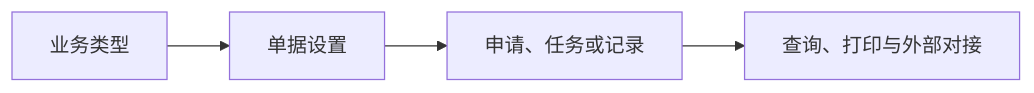
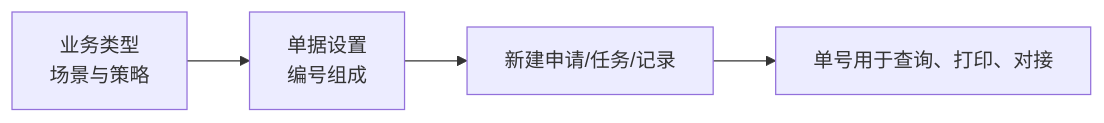
The diagram in docs/04-DBC-主数据管理/05-策略设置/04-单据设置.md (jiargcn/MomProductDocument), drawn with Mermaid before and after one commit. The commit also changed other lines of this file and 9 other files, not shown here.

````diff
--- a/docs/04-DBC-主数据管理/05-策略设置/04-单据设置.md
+++ b/docs/04-DBC-主数据管理/05-策略设置/04-单据设置.md
@@ -34,6 +40,6 @@
 ```mermaid
 flowchart LR
-    A["业务类型"] --> B["单据设置"]
-    B --> C["申请、任务或记录"]
-    C --> D["查询、打印与外部对接"]
+    A["业务类型<br/>场景与策略"] --> B["单据设置<br/>编号组成"]
+    B --> C["新建申请/任务/记录"]
+    C --> D["单号用于查询、打印、对接"]
 ```
````
